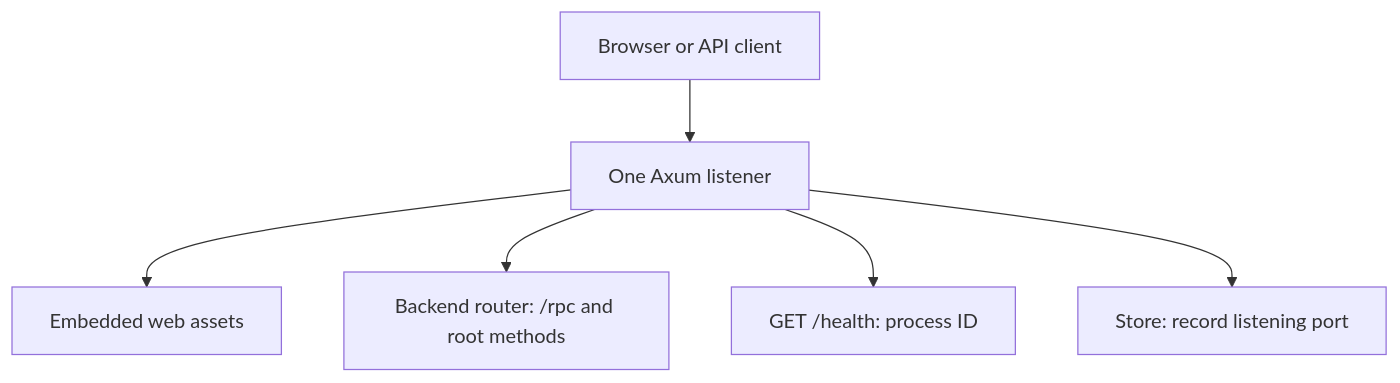
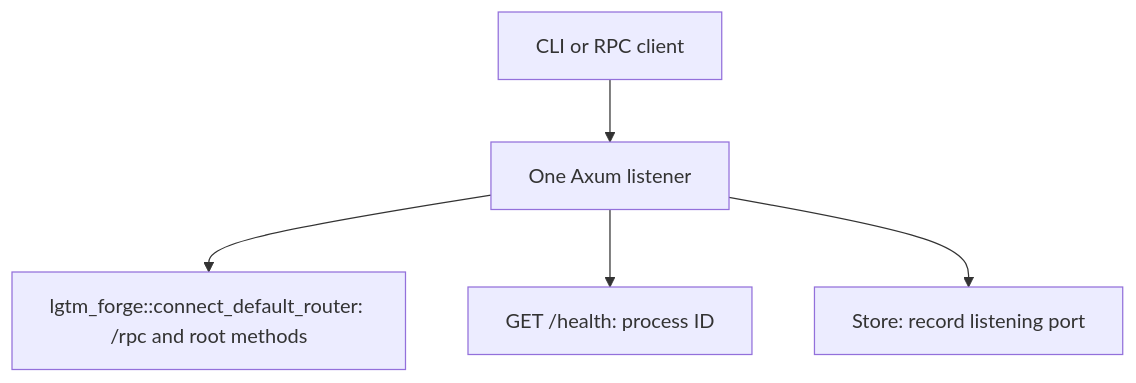
Before and after one commit to difflab-io/lgtm: the diagram in docs/architecture/cli/server.md, drawn with Mermaid. The commit also changed other lines of this file and 66 other files, not shown here.

First line of the commit message:
feat(cli): link workspace crates directly, remove web UI bundler, and add lgtm open (#15)

````diff
--- a/docs/architecture/cli/server.md
+++ b/docs/architecture/cli/server.md
@@ -37,8 +36,7 @@
 ```mermaid
 flowchart TD
-    CLIENT["Browser or API client"] --> SERVER["One Axum listener"]
-    SERVER --> ASSETS["Embedded web assets"]
-    SERVER --> RPC["Backend router: /rpc and root methods"]
+    CLIENT["CLI or RPC client"] --> SERVER["One Axum listener"]
+    SERVER --> RPC["lgtm_forge::connect_default_router: /rpc and root methods"]
     SERVER --> HEALTH["GET /health: process ID"]
     SERVER --> STORE["Store: record listening port"]
 ```
````
